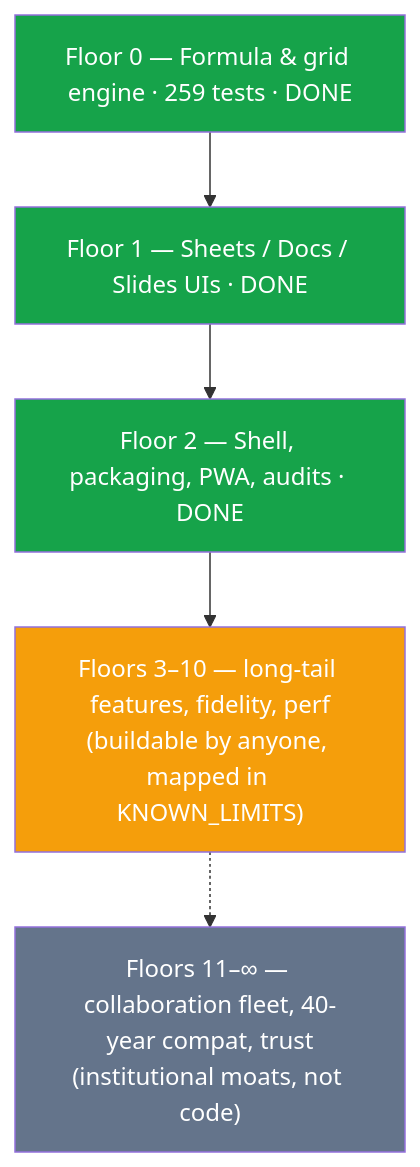
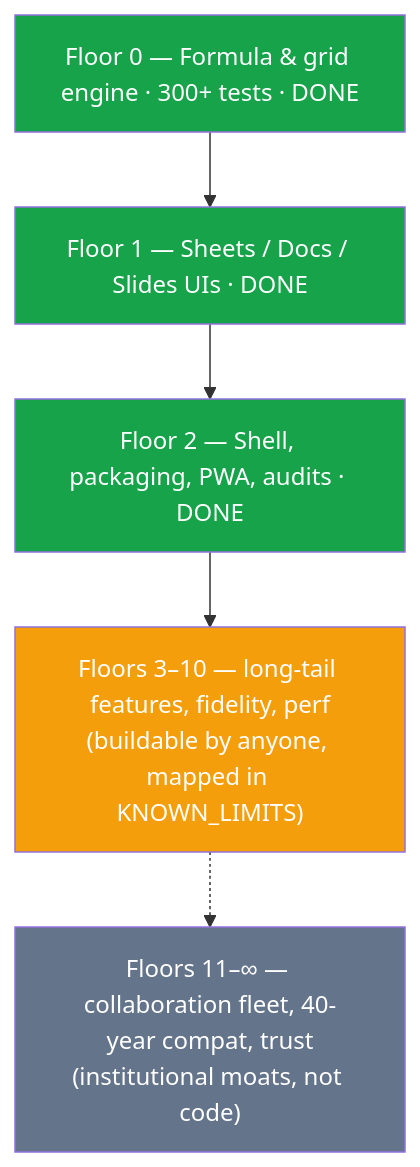
One commit to bishal110/Excel-building-for-self-and-educational-purpose-only changed the diagram in docs/VS_MICROSOFT.md. Above: the diagram before and after it, drawn with Mermaid. The commit also changed other lines of this file and 22 other files, not shown here.

````diff
--- a/docs/VS_MICROSOFT.md
+++ b/docs/VS_MICROSOFT.md
@@ -77,13 +77,13 @@
 ```mermaid
 flowchart TD
-    F0["Floor 0 — Formula & grid engine · 259 tests · DONE"] --> F1
+    F0["Floor 0 — Formula & grid engine · 300+ tests · DONE"] --> F1
     F1["Floor 1 — Sheets / Docs / Slides UIs · DONE"] --> F2
     F2["Floor 2 — Shell, packaging, PWA, audits · DONE"] --> F3
     F3["Floors 3–10 — long-tail features, fidelity, perf<br/>(buildable by anyone, mapped in KNOWN_LIMITS)"] -.-> FN
     FN["Floors 11–∞ — collaboration fleet, 40-year compat, trust<br/>(institutional moats, not code)"]
     style F0 fill:#16a34a,color:#fff
     style F1 fill:#16a34a,color:#fff
     style F2 fill:#16a34a,color:#fff
     style F3 fill:#f59e0b,color:#fff
     style FN fill:#64748b,color:#fff
 ```
````
